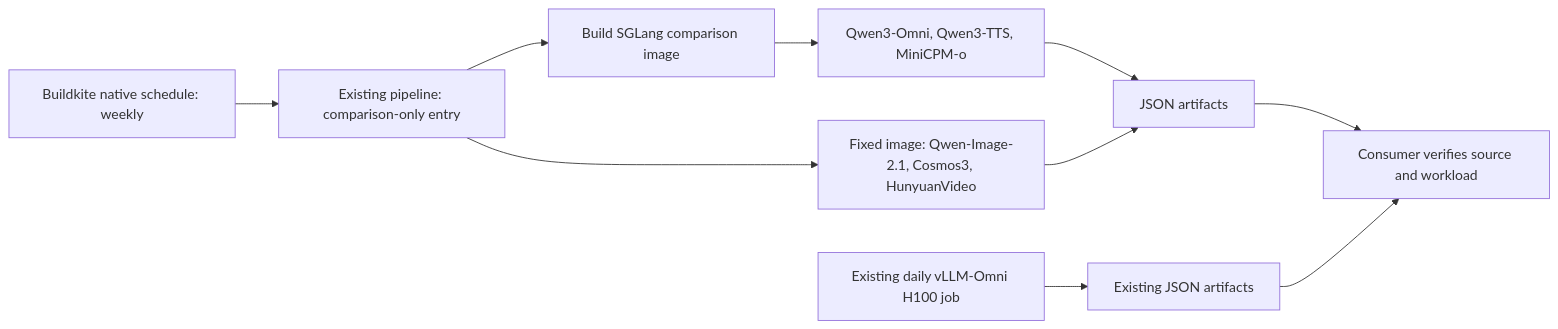
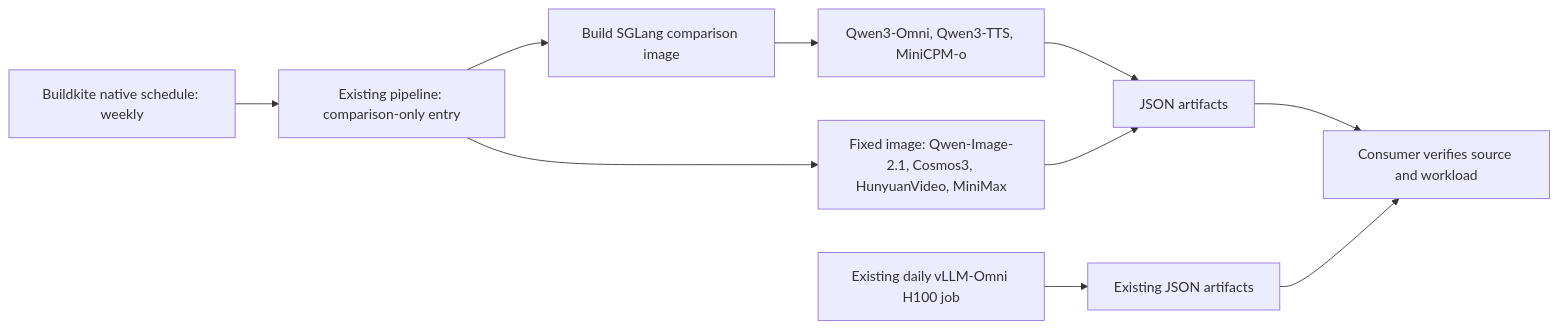
Before and after one commit to vllm-project/vllm-omni: the diagram in docs/contributing/ci/backend_comparison.md, drawn with Mermaid. The commit also changed other lines of this file and 2 other files, not shown here.

Commit message:
[CI/Build] Promote verified MiniMax audio-video workload to weekly

````diff
--- a/docs/contributing/ci/backend_comparison.md
+++ b/docs/contributing/ci/backend_comparison.md
@@ -9,12 +9,12 @@
 ```mermaid
 flowchart LR
     S[Buildkite native schedule: weekly] --> P[Existing pipeline: comparison-only entry]
     P --> I[Build SGLang comparison image]
     I --> B[Qwen3-Omni, Qwen3-TTS, MiniCPM-o]
-    P --> D[Fixed image: Qwen-Image-2.1, Cosmos3, HunyuanVideo]
+    P --> D[Fixed image: Qwen-Image-2.1, Cosmos3, HunyuanVideo, MiniMax]
     B --> A[JSON artifacts]
     D --> A
     N[Existing daily vLLM-Omni H100 job] --> V[Existing JSON artifacts]
     A --> C[Consumer verifies source and workload]
     V --> C
 ```
````
